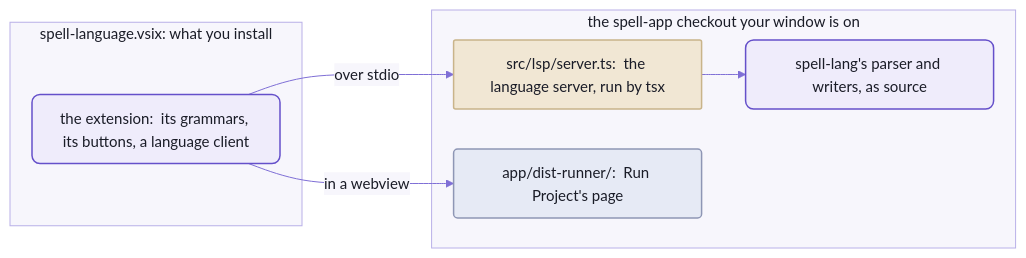
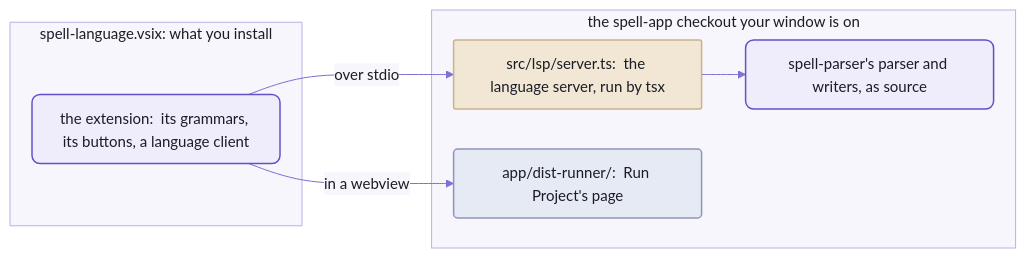
The second of 2 diagrams in README-vscode.md (spell-app/spell), drawn with Mermaid before and after one commit. The commit also changed other lines of this file and 225 other files, not shown here.

````diff
--- a/README-vscode.md
+++ b/README-vscode.md
@@ -164,21 +164,21 @@
 ```mermaid
 %%{init: {"theme":"base","themeVariables":{"fontFamily":"-apple-system, BlinkMacSystemFont, Segoe UI, Helvetica, Arial, sans-serif","fontSize":"15px","primaryColor":"#EFECFB","primaryBorderColor":"#6550CA","primaryTextColor":"#1A1C27","secondaryColor":"#F4F1E9","tertiaryColor":"#F7F6FC","lineColor":"#7F6FD6","textColor":"#7F6FD6","clusterBkg":"#F7F6FC","clusterBorder":"#B9B0E8","titleColor":"#1A1C27","edgeLabelBackground":"#F7F6FC","actorBkg":"#EFECFB","actorBorder":"#6550CA","actorTextColor":"#1A1C27","actorLineColor":"#9C90DE","signalColor":"#7F6FD6","signalTextColor":"#7F6FD6","labelBoxBkgColor":"#EFECFB","labelBoxBorderColor":"#6550CA","labelTextColor":"#1A1C27","loopTextColor":"#7F6FD6","noteBkgColor":"#F1E7D4","noteBorderColor":"#C9B48A","noteTextColor":"#1A1C27","activationBkgColor":"#DCD6F7","activationBorderColor":"#6550CA","sequenceNumberColor":"#FFFFFF"},"flowchart":{"curve":"basis","padding":12,"nodeSpacing":40,"rankSpacing":44}}}%%
 flowchart LR
   subgraph vsix["spell-language.vsix:  what you install"]
     ext["the extension:  its grammars, its buttons, a language client"]
   end
   subgraph checkout["the spell-app checkout your window is on"]
     server["src/lsp/server.ts:  the language server, run by tsx"]
-    lang["spell-lang's parser and writers, as source"]
+    lang["spell-parser's parser and writers, as source"]
     runner["app/dist-runner/:  Run Project's page"]
   end
   ext -- "over stdio" --> server
   server --> lang
   ext -- "in a webview" --> runner
   %% the Spell look:  yarn mermaid:pretty
   classDef default fill:#EFECFB,stroke:#6550CA,stroke-width:1.5px,color:#1A1C27,rx:8px,ry:8px
   classDef folder fill:#E6EAF5,stroke:#8E96B5,stroke-width:1.5px,color:#1A1C27,rx:4px,ry:4px
   classDef data fill:#F1E7D4,stroke:#C9B48A,stroke-width:1.5px,color:#1A1C27,rx:2px,ry:2px
   class runner folder
   class server data
 ```
````
